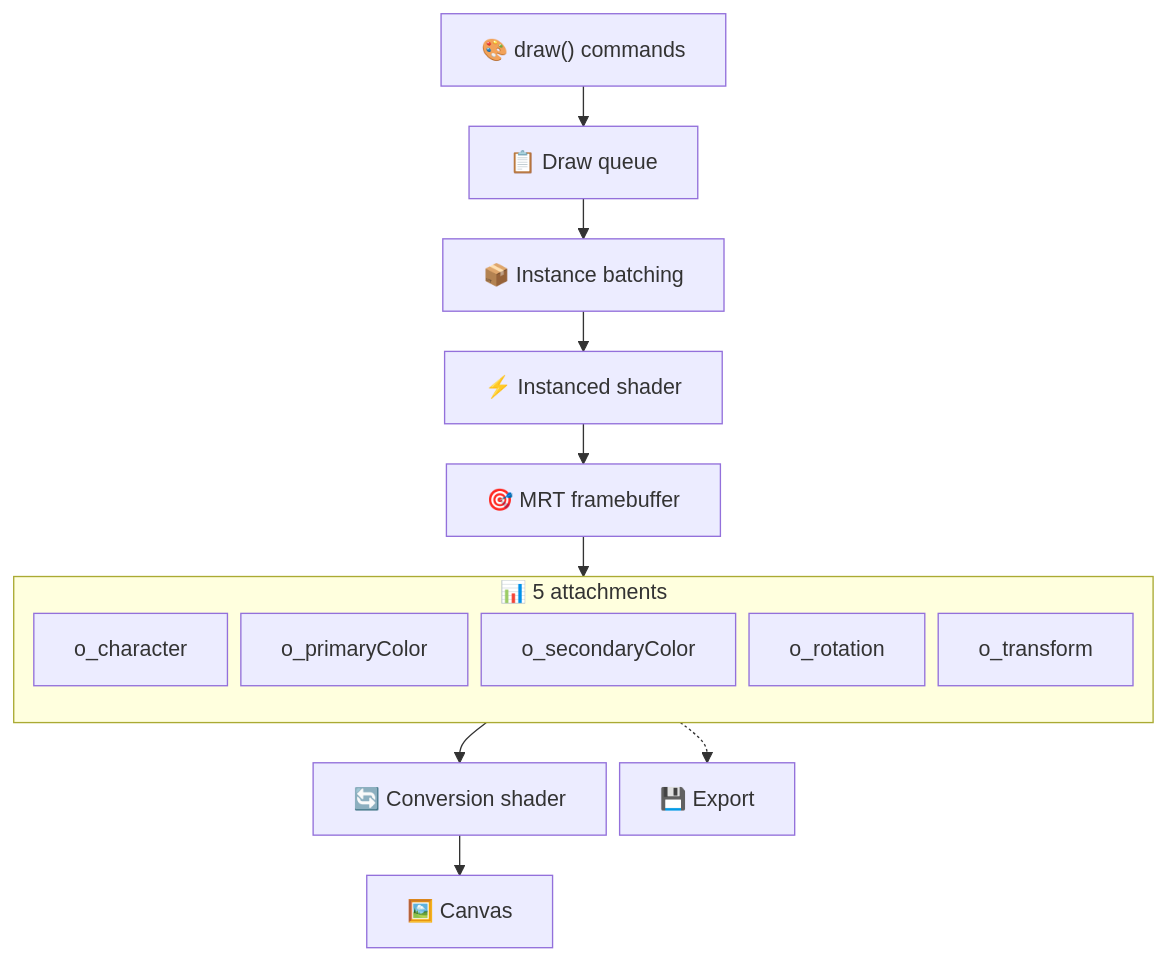
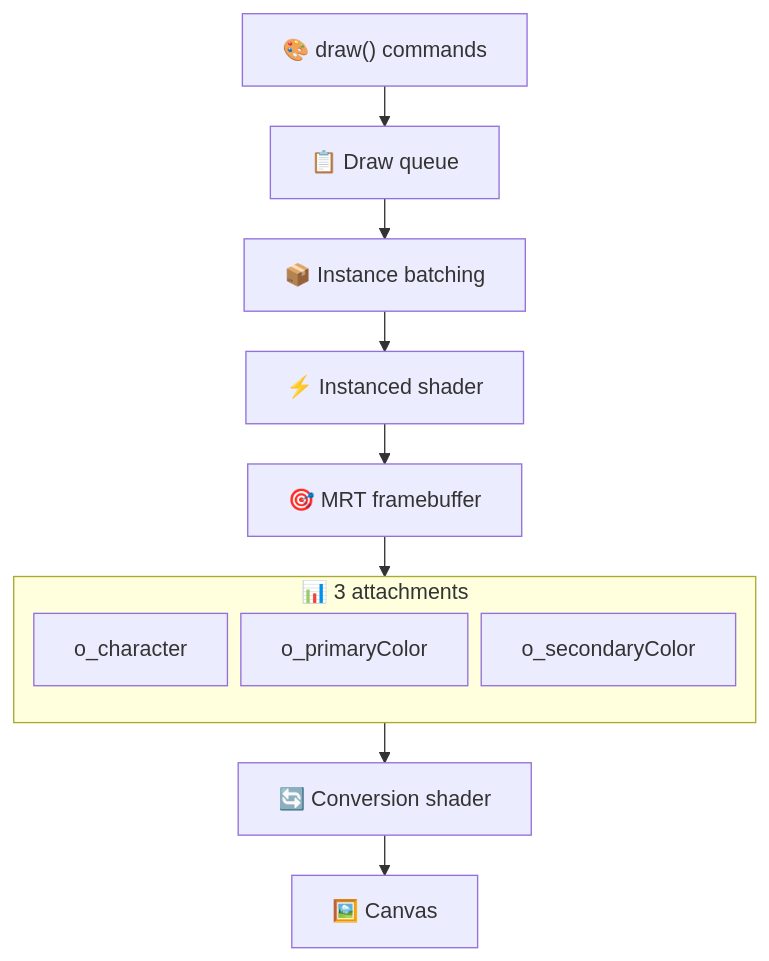
The first of 2 diagrams in docs/introduction.md (humanbydefinition/code.textmode.art), drawn with Mermaid before and after one commit. The commit also changed other lines of this file and 14 other files, not shown here.

````diff
--- a/docs/introduction.md
+++ b/docs/introduction.md
@@ -37,26 +36,23 @@
 ```mermaid
 %%{init: {"flowchart": {"nodeSpacing": 10, "rankSpacing": 30}}}%%
 flowchart TD
 	A["🎨 draw() commands"] --> B["📋 Draw queue"]
 	B --> C["📦 Instance batching"]
 	C --> D["⚡ Instanced shader"]
 	D --> E["🎯 MRT framebuffer"]
 	
-	subgraph MRT["📊 5 attachments"]
+	subgraph MRT["📊 3 attachments"]
 		direction TB
 		E0["o_character"] 
 		E1["o_primaryColor"] 
-		E2["o_secondaryColor"] 
-		E3["o_rotation"] 
-		E4["o_transform"]
+		E2["o_secondaryColor"]
 	end
 	
 	E --> MRT
 	MRT --> F["🔄 Conversion shader"]
 	F --> G["🖼️ Canvas"]
-	MRT -.-> H["💾 Export"]
 	
 	class A,B,C,D,F processNode
 	class E,MRT dataNode
 	class G,H outputNode
 ```
````
